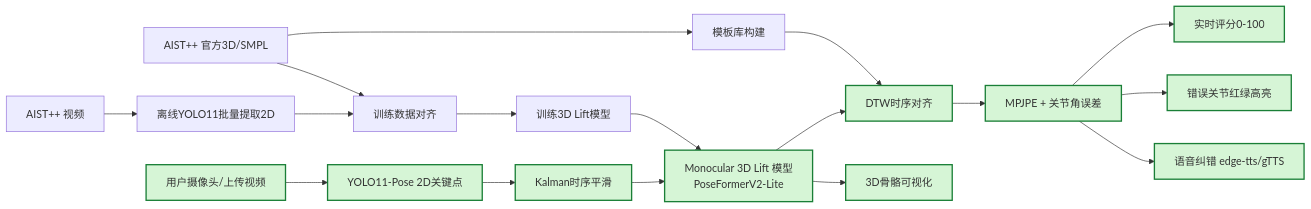
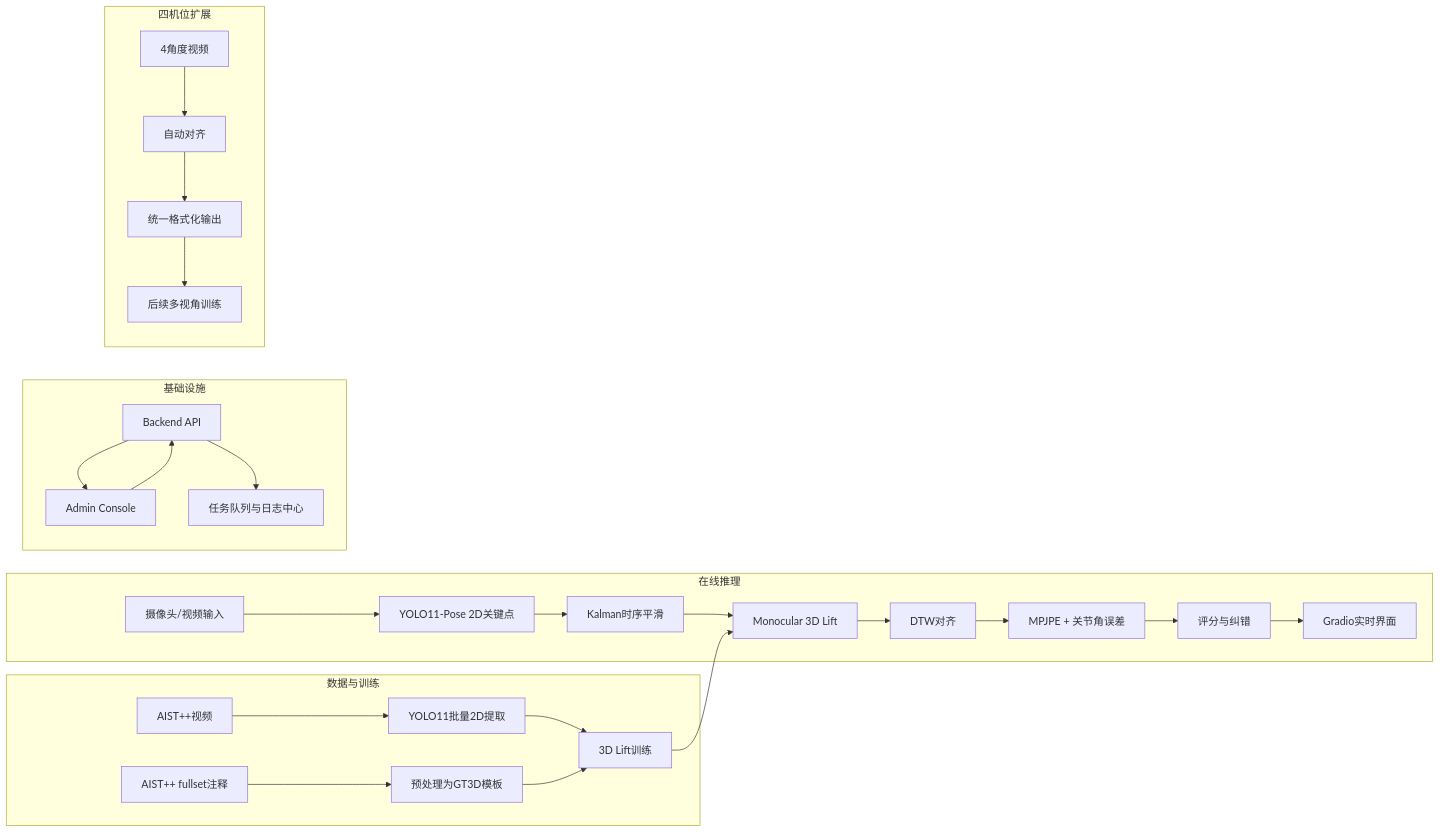
Before and after one commit to Fldicoahkiin/PoseMentor: the diagram in README.md, drawn with Mermaid. The commit also changed other lines of this file and 26 other files, not shown here.

````diff
--- a/README.md
+++ b/README.md
@@ -8,31 +20,32 @@
 ```mermaid
 flowchart LR
-    A[用户摄像头/上传视频] --> B[YOLO11-Pose 2D关键点]
-    B --> C[Kalman时序平滑]
-    C --> D[Monocular 3D Lift 模型\nPoseFormerV2-Lite]
-    D --> E[DTW时序对齐]
-    E --> F[MPJPE + 关节角误差]
-    F --> G[实时评分0-100]
-    F --> H[错误关节红绿高亮]
-    F --> I[语音纠错 edge-tts/gTTS]
-    D --> J[3D骨骼可视化]
+    subgraph Online[在线推理]
+        A[摄像头/视频输入] --> B[YOLO11-Pose 2D关键点]
+        B --> C[Kalman时序平滑]
+        C --> D[Monocular 3D Lift]
+        D --> E[DTW对齐]
+        E --> F[MPJPE + 关节角误差]
+        F --> G[评分与纠错]
+        G --> H[Gradio实时界面]
+    end
 
-    K[AIST++ 官方3D/SMPL] --> L[模板库构建]
-    L --> E
-    M[AIST++ 视频] --> B2[离线YOLO11批量提取2D]
-    B2 --> N[训练数据对齐]
-    K --> N
-    N --> O[训练3D Lift模型]
-    O --> D
+    subgraph Data[数据与训练]
+        I[AIST++ fullset注释] --> J[预处理为GT3D模板]
+        K[AIST++视频] --> L[YOLO11批量2D提取]
+        L --> M[3D Lift训练]
+        J --> M
+        M --> D
+    end
 
-    style A fill:#d6f5d6,stroke:#1a7f37,stroke-width:2px
-    style B fill:#d6f5d6,stroke:#1a7f37,stroke-width:2px
-    style C fill:#d6f5d6,stroke:#1a7f37,stroke-width:2px
-    style D fill:#d6f5d6,stroke:#1a7f37,stroke-width:2px
-    style E fill:#d6f5d6,stroke:#1a7f37,stroke-width:2px
-    style F fill:#d6f5d6,stroke:#1a7f37,stroke-width:2px
-    style G fill:#d6f5d6,stroke:#1a7f37,stroke-width:2px
-    style H fill:#d6f5d6,stroke:#1a7f37,stroke-width:2px
-    style I fill:#d6f5d6,stroke:#1a7f37,stroke-width:2px
-    style J fill:#d6f5d6,stroke:#1a7f37,stroke-width:2px
+    subgraph Infra[基础设施]
+        N[Backend API] --> O[Admin Console]
+        N --> P[任务队列与日志中心]
+        O --> N
+    end
+
+    subgraph Future[四机位扩展]
+        Q[4角度视频] --> R[自动对齐]
+        R --> S[统一格式化输出]
+        S --> T[后续多视角训练]
+    end
 ```
````
